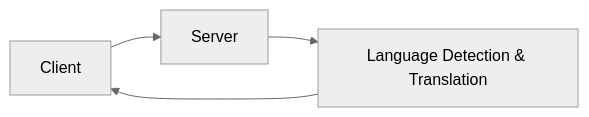
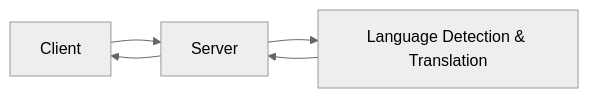
One commit to cjr03/MultilingualChat-AI changed the diagram in README.md. Above: the diagram before and after it, drawn with Mermaid (neutral theme).

````diff
--- a/README.md
+++ b/README.md
@@ -49,6 +49,7 @@
 ```mermaid
 flowchart LR
     A[Client] --> B[Server]
     B --> C[Language Detection & Translation]
-    C --> A
+    C --> B
+    B --> A
 ```
````
